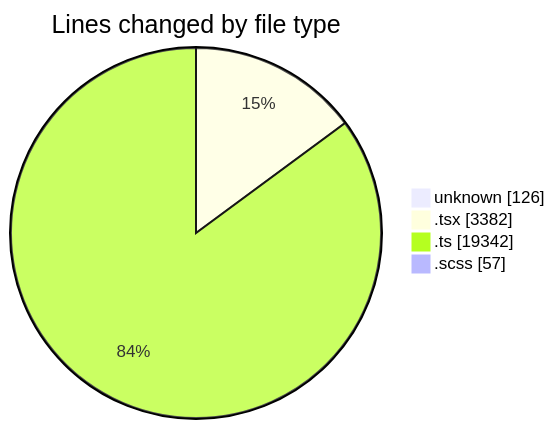
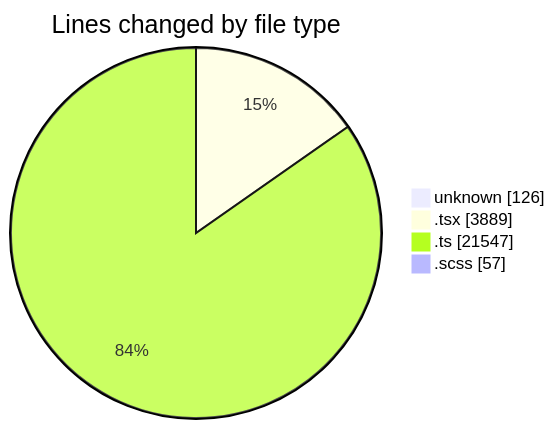
One commit to momahboobian/code-tracking changed the first of 2 diagrams in 2026-09-23/cda/README.md. Above: the diagram before and after it, drawn with Mermaid. The commit also changed other lines of this file and 1 other file, not shown here.

````diff
--- a/2026-09-23/cda/README.md
+++ b/2026-09-23/cda/README.md
@@ -39,8 +44,8 @@
 ```mermaid
 pie showData
 title Lines changed by file type
 "unknown" : 126
-".tsx" : 3382
-".ts" : 19342
+".tsx" : 3889
+".ts" : 21547
 ".scss" : 57
 ```
````
